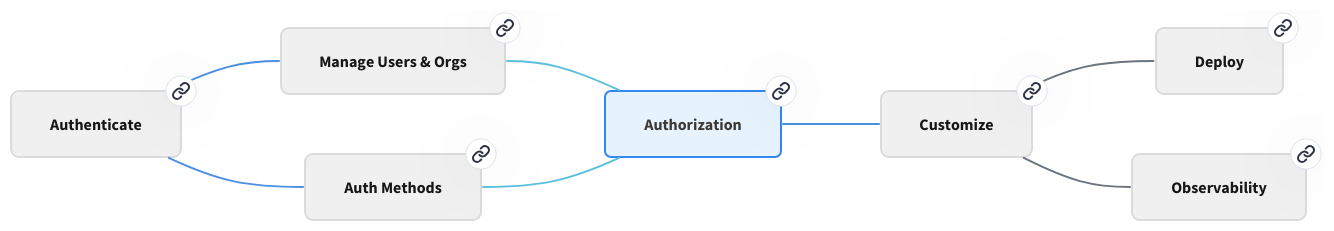
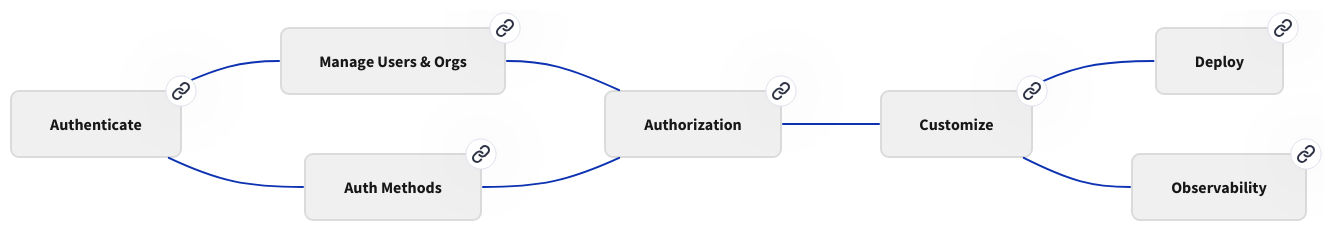
Before and after one commit to scalekit-inc/developer-docs: the diagram in src/content/docs/index.mdx, drawn with D2. The commit also changed other lines of this file and 5 other files, not shown here.

````diff
--- a/src/content/docs/index.mdx
+++ b/src/content/docs/index.mdx
@@ -55,7 +56,6 @@
       fill: "#5BC0DE"
       stroke: "#46B8DA"
       font-color: white
-
       border-radius: 6
     }
   }
@@ -114,11 +114,6 @@
   link: "/authenticate/authz/overview"
 }
 
-Authorization {
-  class: neutral
-  link: "/authenticate/authz/overview/"
-}
-
 
 # Customization
 Customize {
@@ -140,33 +135,12 @@
 
 
 # Flow connections with styling
-Authenticate -- AuthMethods: {
-  style.stroke: "#4A90E2"
-  style.stroke-width: 2
-}
-Authenticate -- UserMgmt: {
-  style.stroke: "#4A90E2"
-  style.stroke-width: 2
-}
-UserMgmt -- Authorization: {
-  style.stroke: "#5BC0DE"
-  style.stroke-width: 2
-}
-AuthMethods -- Authorization: {
-  style.stroke: "#5BC0DE"
-  style.stroke-width: 2
-}
-Authorization -- Customize: {
-  style.stroke: "#4A90E2"
-  style.stroke-width: 2
-}
-Customize -- Deploy: {
-  style.stroke: "#6C757D"
-  style.stroke-width: 2
-}
-Customize -- Observability: {
-  style.stroke: "#6C757D"
-  style.stroke-width: 2
-}
+Authenticate -- AuthMethods
+Authenticate -- UserMgmt
+UserMgmt -- Authorization
+AuthMethods -- Authorization
+Authorization -- Customize
+Customize -- Deploy
+Customize -- Observability
 
 ```
````
